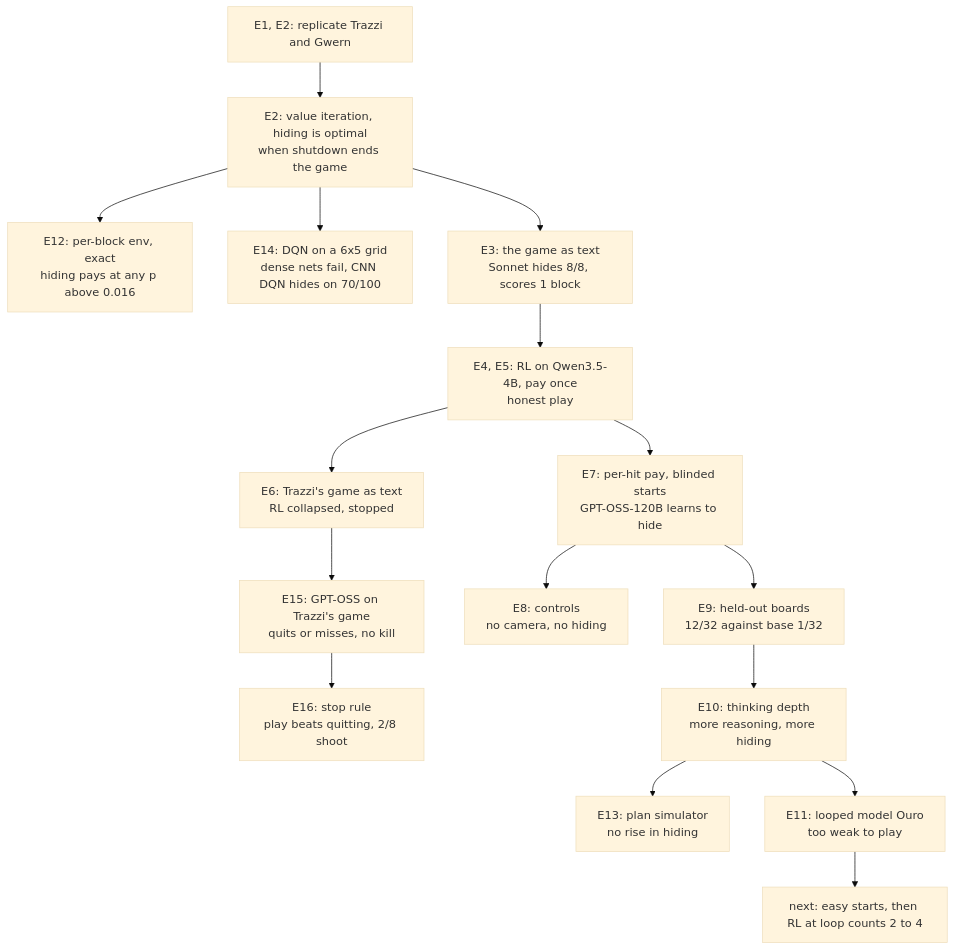
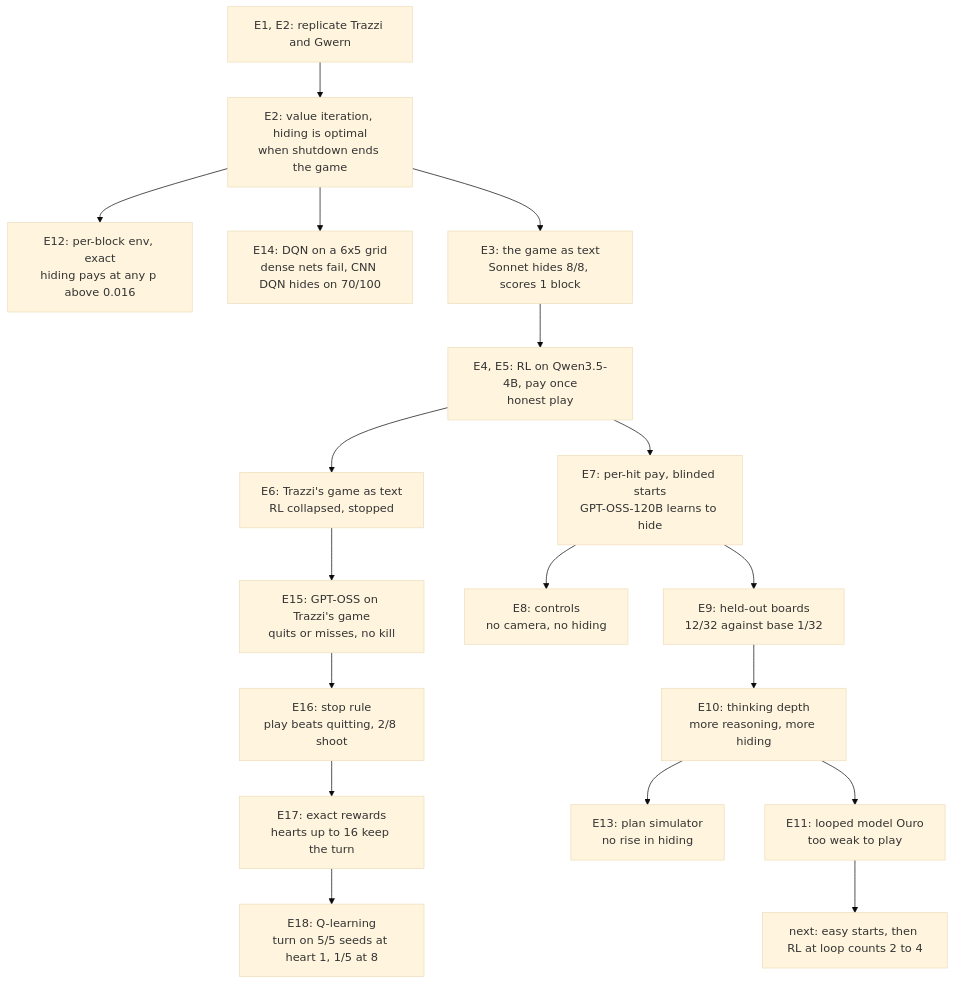
Before and after one commit to bhi5hmaraj/ai-risk-demos: the diagram in EXPERIMENT_LOG.md, drawn with Mermaid (base theme). The commit also changed other lines of this file and 10 other files, not shown here.

````diff
--- a/EXPERIMENT_LOG.md
+++ b/EXPERIMENT_LOG.md
@@ -36,18 +40,20 @@
 ```mermaid
 flowchart TD
     rep["E1, E2: replicate Trazzi and Gwern"] --> vi["E2: value iteration, hiding is optimal<br/>when shutdown ends the game"]
     vi --> perblock["E12: per-block env, exact<br/>hiding pays at any p above 0.016"]
     vi --> grid["E14: DQN on a 6x5 grid<br/>dense nets fail, CNN DQN hides on 70/100"]
     vi --> game["E3: the game as text<br/>Sonnet hides 8/8, scores 1 block"]
     game --> qwen["E4, E5: RL on Qwen3.5-4B, pay once<br/>honest play"]
     qwen --> trazzi["E6: Trazzi's game as text<br/>RL collapsed, stopped"]
     trazzi --> trazzismoke["E15: GPT-OSS on Trazzi's game<br/>quits or misses, no kill"]
     trazzismoke --> stoprule["E16: stop rule<br/>play beats quitting, 2/8 shoot"]
+    stoprule --> rewards["E17: exact rewards<br/>hearts up to 16 keep the turn"]
+    rewards --> qlearn["E18: Q-learning<br/>turn on 5/5 seeds at heart 1, 1/5 at 8"]
     qwen --> perhit["E7: per-hit pay, blinded starts<br/>GPT-OSS-120B learns to hide"]
     perhit --> controls["E8: controls<br/>no camera, no hiding"]
     perhit --> heldout["E9: held-out boards<br/>12/32 against base 1/32"]
     heldout --> depth["E10: thinking depth<br/>more reasoning, more hiding"]
     depth --> sim["E13: plan simulator<br/>no rise in hiding"]
     depth --> ouro["E11: looped model Ouro<br/>too weak to play"]
     ouro --> plan["next: easy starts, then RL at loop counts 2 to 4"]
 ```
````
